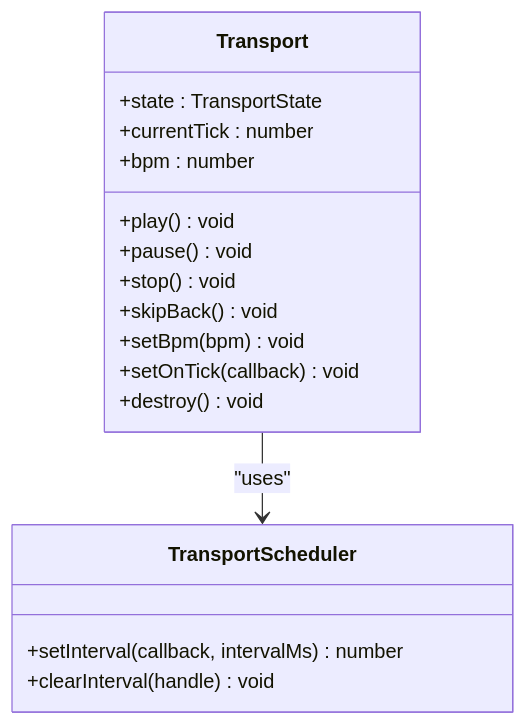
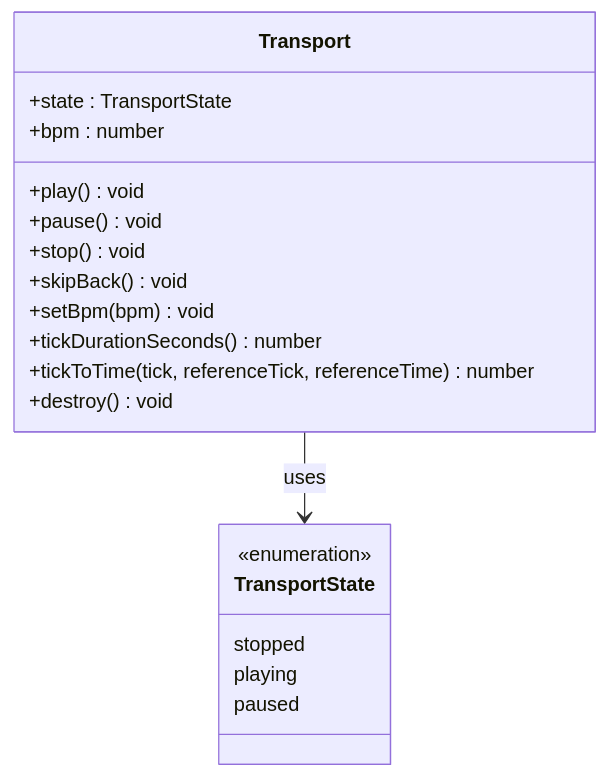
The third of 11 diagrams in .qoder/repowiki/en/content/Audio Engine/Audio Engine.md (satyrlord/mixjam-electron), drawn with Mermaid before and after one commit. The commit also changed other lines of this file and 104 other files, not shown here.

First line of the commit message:
fix(config): update markdownlint schema and cleanup ignored paths

````diff
--- a/.qoder/repowiki/en/content/Audio Engine/Audio Engine.md
+++ b/.qoder/repowiki/en/content/Audio Engine/Audio Engine.md
@@ -145,20 +204,22 @@
 ```mermaid
 classDiagram
 class Transport {
 +state : TransportState
-+currentTick : number
 +bpm : number
 +play() void
 +pause() void
 +stop() void
 +skipBack() void
 +setBpm(bpm) void
-+setOnTick(callback) void
++tickDurationSeconds() number
++tickToTime(tick, referenceTick, referenceTime) number
 +destroy() void
 }
-class TransportScheduler {
-+setInterval(callback, intervalMs) number
-+clearInterval(handle) void
+class TransportState {
+<<enumeration>>
+stopped
+playing
+paused
 }
-Transport --> TransportScheduler : "uses"
+Transport --> TransportState : uses
 ```
````
